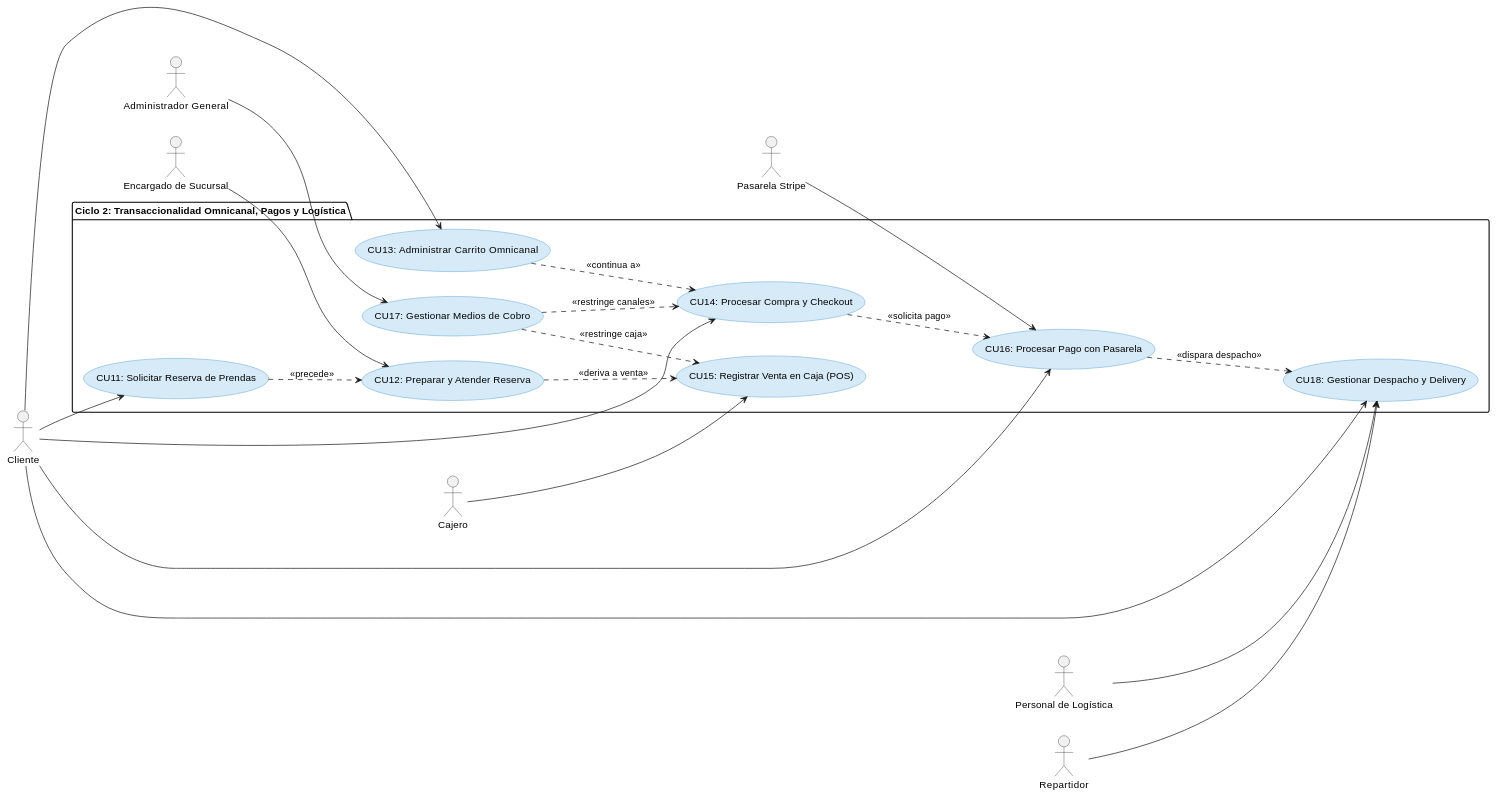
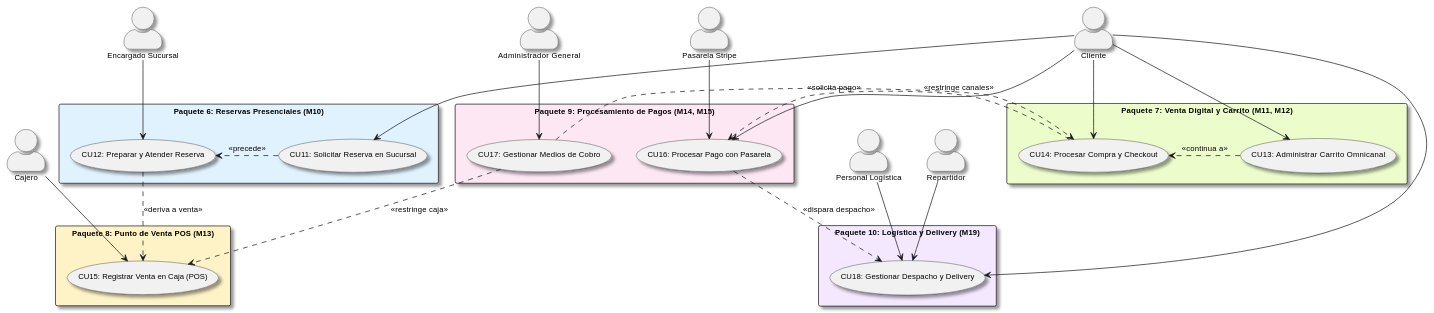
Before and after one commit to INGvainilla/1erParcial: diagram 11 of 33 in DOCUMENTACION2/ciclo2.md, drawn with PlantUML. The commit also changed other lines of this file and 113 other files, not shown here.

````diff
--- a/DOCUMENTACION2/ciclo2.md
+++ b/DOCUMENTACION2/ciclo2.md
@@ -505,49 +687,61 @@
 ```plantuml
-@startuml Estructurar_Caso_de_Uso_Ciclo2
-left to right direction
-skinparam usecase {
-  BackgroundColor #D6EAF8
-  BorderColor #2E86C1
+@startuml
+skinparam packageStyle rectangle
+skinparam actorStyle awesome
+skinparam defaultFontName "Segoe UI", Arial, sans-serif
+skinparam defaultFontSize 11
+skinparam shadowing true
+
+actor "Cliente" as ActCli
+actor "Encargado Sucursal" as ActEnc
+actor "Cajero" as ActCaj
+actor "Administrador General" as ActAdm
+actor "Pasarela Stripe" as ActPas
+actor "Personal Logística" as ActLog
+actor "Repartidor" as ActRep
+
+package "Paquete 6: Reservas Presenciales (M10)" as Pkg_Reservas #E0F2FE {
+    usecase "CU11: Solicitar Reserva en Sucursal" as UC11
+    usecase "CU12: Preparar y Atender Reserva" as UC12
+    UC11 .> UC12 : <<precede>>
 }
 
-actor "Cliente" as Cliente
-actor "Encargado de Sucursal" as Encargado
-actor "Cajero" as Cajero
-actor "Administrador General" as Admin
-actor "Personal de Logística" as Logistica
-actor "Repartidor" as Delivery
-actor "Pasarela Stripe" as Pasarela
-
-package "Ciclo 2: Transaccionalidad Omnicanal, Pagos y Logística" {
-  usecase "CU11: Solicitar Reserva de Prendas" as CU11
-  usecase "CU12: Preparar y Atender Reserva" as CU12
-  usecase "CU13: Administrar Carrito Omnicanal" as CU13
-  usecase "CU14: Procesar Compra y Checkout" as CU14
-  usecase "CU15: Registrar Venta en Caja (POS)" as CU15
-  usecase "CU16: Procesar Pago con Pasarela" as CU16
-  usecase "CU17: Gestionar Medios de Cobro" as CU17
-  usecase "CU18: Gestionar Despacho y Delivery" as CU18
+package "Paquete 7: Venta Digital y Carrito (M11, M12)" as Pkg_Venta #ECFCCB {
+    usecase "CU13: Administrar Carrito Omnicanal" as UC13
+    usecase "CU14: Procesar Compra y Checkout" as UC14
+    UC13 .> UC14 : <<continua a>>
 }
 
-Cliente --> CU11
-Cliente --> CU13
-Cliente --> CU14
-Cliente --> CU16
-Cliente --> CU18
+package "Paquete 8: Punto de Venta POS (M13)" as Pkg_POS #FEF3C7 {
+    usecase "CU15: Registrar Venta en Caja (POS)" as UC15
+}
 
-Encargado --> CU12
-Cajero --> CU15
-Pasarela --> CU16
-Admin --> CU17
-Logistica --> CU18
-Delivery --> CU18
+package "Paquete 9: Procesamiento de Pagos (M14, M15)" as Pkg_Pagos #FCE7F3 {
+    usecase "CU16: Procesar Pago con Pasarela" as UC16
+    usecase "CU17: Gestionar Medios de Cobro" as UC17
+}
 
-CU11 ..> CU12 : <<precede>>
-CU12 ..> CU15 : <<deriva a venta>>
-CU13 ..> CU14 : <<continua a>>
-CU14 ..> CU16 : <<solicita pago>>
-CU16 ..> CU18 : <<dispara despacho>>
-CU17 ..> CU14 : <<restringe canales>>
-CU17 ..> CU15 : <<restringe caja>>
+package "Paquete 10: Logística y Delivery (M19)" as Pkg_Logistica #F3E8FF {
+    usecase "CU18: Gestionar Despacho y Delivery" as UC18
+}
+
+ActCli --> UC11
+ActCli --> UC13
+ActCli --> UC14
+ActCli --> UC16
+ActCli --> UC18
+
+ActEnc --> UC12
+ActCaj --> UC15
+ActAdm --> UC17
+ActPas --> UC16
+ActLog --> UC18
+ActRep --> UC18
+
+UC12 ..> UC15 : <<deriva a venta>>
+UC14 ..> UC16 : <<solicita pago>>
+UC16 ..> UC18 : <<dispara despacho>>
+UC17 ..> UC14 : <<restringe canales>>
+UC17 ..> UC15 : <<restringe caja>>
 @enduml
 ```
````
